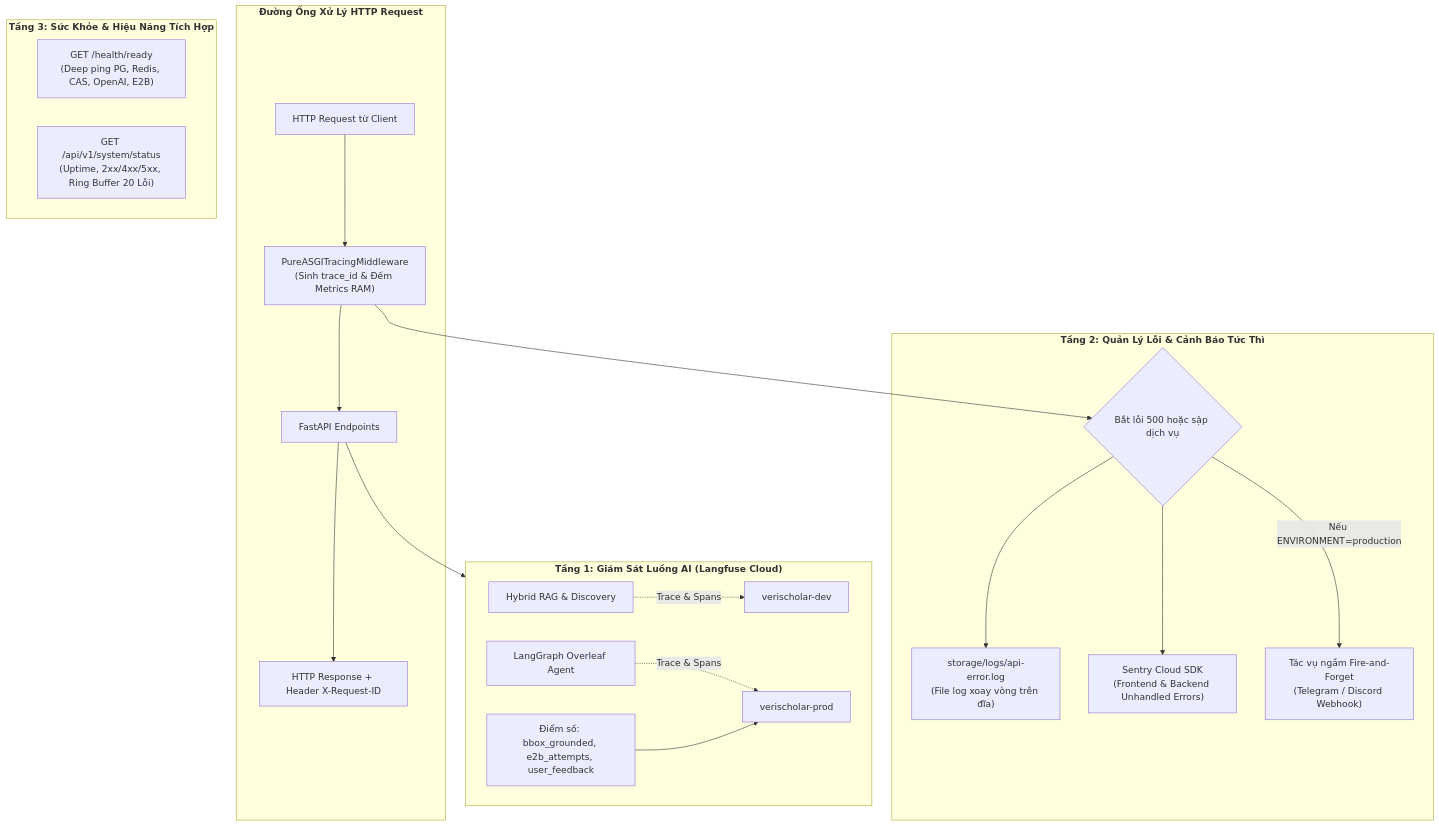
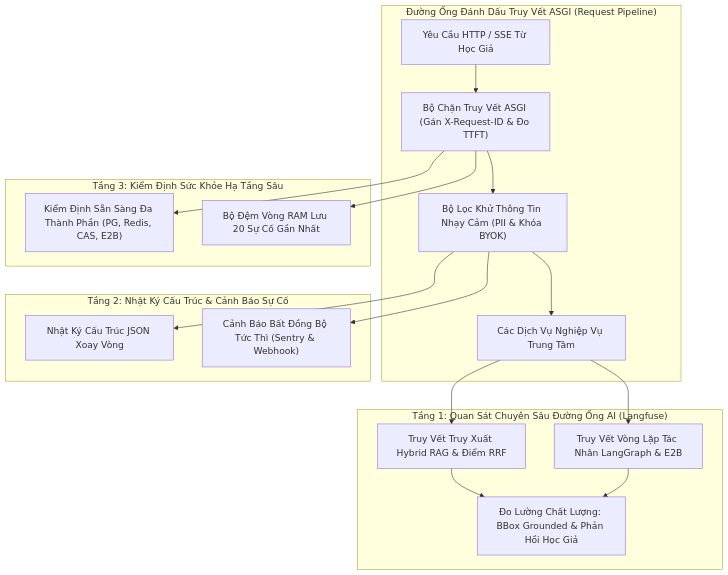
One commit to dammanhdungvn/VeriScholar changed the first of 2 diagrams in docs/specs/07-monitoring-and-langfuse-spec.md. Above: the diagram before and after it, drawn with Mermaid. The commit also changed other lines of this file and 21 other files, not shown here.

Commit message:
docs(diagrams): upgrade PRD and Spec Mermaid diagrams to paper-grade conceptual and UML standard

````diff
--- a/docs/specs/07-monitoring-and-langfuse-spec.md
+++ b/docs/specs/07-monitoring-and-langfuse-spec.md
@@ -53,33 +53,36 @@
 ```mermaid
 flowchart TD
-    subgraph RequestPipeline ["<b>Đường Ống Xử Lý HTTP Request</b>"]
-        Request["HTTP Request từ Client"] --> Middleware["PureASGITracingMiddleware<br/>(Sinh trace_id & Đếm Metrics RAM)"]
-        Middleware --> Router["FastAPI Endpoints"]
-        Router --> Response["HTTP Response + Header X-Request-ID"]
+    subgraph RequestPipeline ["Đường Ống Đánh Dấu Truy Vết ASGI (Request Pipeline)"]
+        ClientReq["Yêu Cầu HTTP / SSE Từ Học Giả"]
+        ASGITracer["Bộ Chặn Truy Vết ASGI (Gán X-Request-ID & Đo TTFT)"]
+        Scrubber["Bộ Lọc Khử Thông Tin Nhạy Cảm (PII & Khóa BYOK)"]
+        Endpoints["Các Dịch Vụ Nghiệp Vụ Trung Tâm"]
+
+        ClientReq --> ASGITracer --> Scrubber --> Endpoints
     end
 
-    subgraph Tier1AI ["<b>Tầng 1: Giám Sát Luồng AI (Langfuse Cloud)</b>"]
-        RAGFlow["Hybrid RAG & Discovery"] -.->|Trace & Spans| LangfuseDev["verischolar-dev"]
-        AgentFlow["LangGraph Overleaf Agent"] -.->|Trace & Spans| LangfuseProd["verischolar-prod"]
-        Scores["Điểm số: bbox_grounded, e2b_attempts, user_feedback"] --> LangfuseProd
+    subgraph Tier1AI ["Tầng 1: Quan Sát Chuyên Sâu Đường Ống AI (Langfuse)"]
+        RAGTrace["Truy Vết Truy Xuất Hybrid RAG & Điểm RRF"]
+        AgentTrace["Truy Vết Vòng Lặp Tác Nhân LangGraph & E2B"]
+        QualityScore["Đo Lường Chất Lượng: BBox Grounded & Phản Hồi Học Giả"]
     end
 
-    subgraph Tier2Alerts ["<b>Tầng 2: Quản Lý Lỗi & Cảnh Báo Tức Thì</b>"]
-        ErrorCapture{"Bắt lỗi 500 hoặc sập dịch vụ"}
-        LogFile["storage/logs/api-error.log<br/>(File log xoay vòng trên đĩa)"]
-        SentrySDK["Sentry Cloud SDK<br/>(Frontend & Backend Unhandled Errors)"]
-        WebhookTask["Tác vụ ngầm Fire-and-Forget<br/>(Telegram / Discord Webhook)"]
-        
-        ErrorCapture --> LogFile
-        ErrorCapture --> SentrySDK
-        ErrorCapture -->|Nếu ENVIRONMENT=production| WebhookTask
+    subgraph Tier2Alerts ["Tầng 2: Nhật Ký Cấu Trúc & Cảnh Báo Sự Cố"]
+        JsonLogs["Nhật Ký Cấu Trúc JSON Xoay Vòng"]
+        AlertWebhook["Cảnh Báo Bất Đồng Bộ Tức Thì (Sentry & Webhook)"]
     end
 
-    subgraph Tier3Health ["<b>Tầng 3: Sức Khỏe & Hiệu Năng Tích Hợp</b>"]
-        ReadyAPI["GET /health/ready<br/>(Deep ping PG, Redis, CAS, OpenAI, E2B)"]
-        StatusAPI["GET /api/v1/system/status<br/>(Uptime, 2xx/4xx/5xx, Ring Buffer 20 Lỗi)"]
+    subgraph Tier3Health ["Tầng 3: Kiểm Định Sức Khỏe Hạ Tầng Sâu"]
+        DeepProbe["Kiểm Định Sẵn Sàng Đa Thành Phần (PG, Redis, CAS, E2B)"]
+        RingBuffer["Bộ Đệm Vòng RAM Lưu 20 Sự Cố Gần Nhất"]
     end
 
-    Middleware --> ErrorCapture
-    Router --> Tier1AI
+    Endpoints --> RAGTrace
+    Endpoints --> AgentTrace
+    RAGTrace --> QualityScore
+    AgentTrace --> QualityScore
+    Scrubber --> JsonLogs
+    Scrubber --> AlertWebhook
+    ASGITracer --> RingBuffer
+    ASGITracer --> DeepProbe
 ```
````
